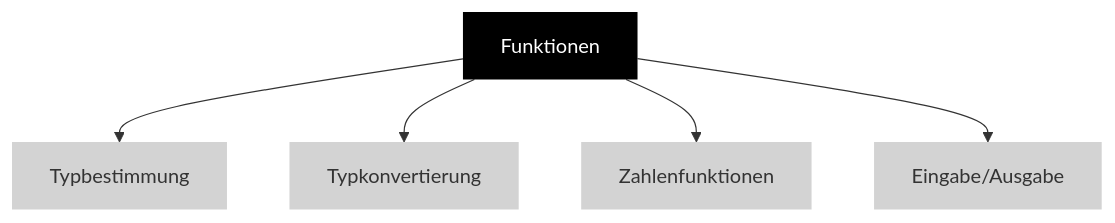
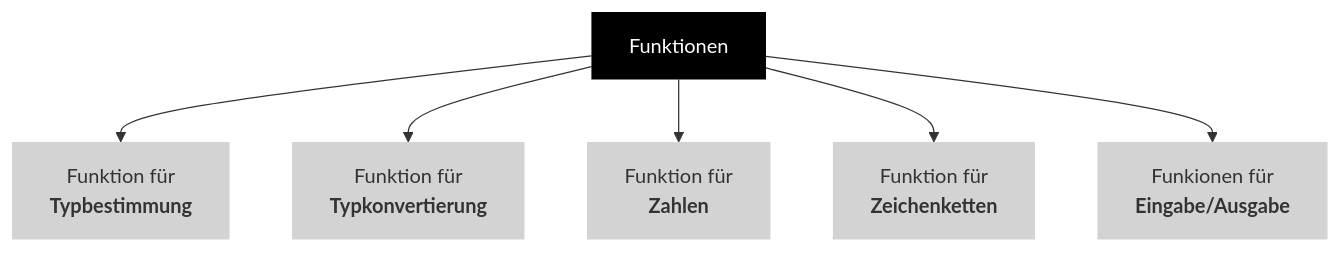
One commit to ghackenberg/python-grundlagen-kurs changed the diagram in Grafiken/Mermaid/Funktionen/Kategorien.mmd. Above: the diagram before and after it, drawn with Mermaid. The commit also changed 6 other files, not shown here.

```diff
--- a/Grafiken/Mermaid/Funktionen/Kategorien.mmd
+++ b/Grafiken/Mermaid/Funktionen/Kategorien.mmd
@@ -1,13 +1,15 @@
 flowchart
 
-    Funktionen --> Typbestimmung
-    Funktionen --> Typkonvertierung
-    Funktionen --> Zahlenfunktionen
-    Funktionen --> EA["Eingabe/Ausgabe"]
+    Funktionen --> Typbestimmung["Funktion für<br/><b>Typbestimmung</b>"]
+    Funktionen --> Typkonvertierung["Funktion für<br/><b>Typkonvertierung</b>"]
+    Funktionen --> Zahlenfunktionen["Funktion für<br/><b>Zahlen</b>"]
+    Funktionen --> Zeichenkettenfunktionen["Funktion für<br/><b>Zeichenketten</b>"]
+    Funktionen --> EA["Funkionen für<br/><b>Eingabe/Ausgabe</b>"]
 
     style Funktionen fill:black,color:white,stroke-width:0px
 
     style Typbestimmung fill:lightgray,stroke-width:0px
     style Typkonvertierung fill:lightgray,stroke-width:0px
     style Zahlenfunktionen fill:lightgray,stroke-width:0px
+    style Zeichenkettenfunktionen fill:lightgray,stroke-width:0px
     style EA fill:lightgray,stroke-width:0px
```
